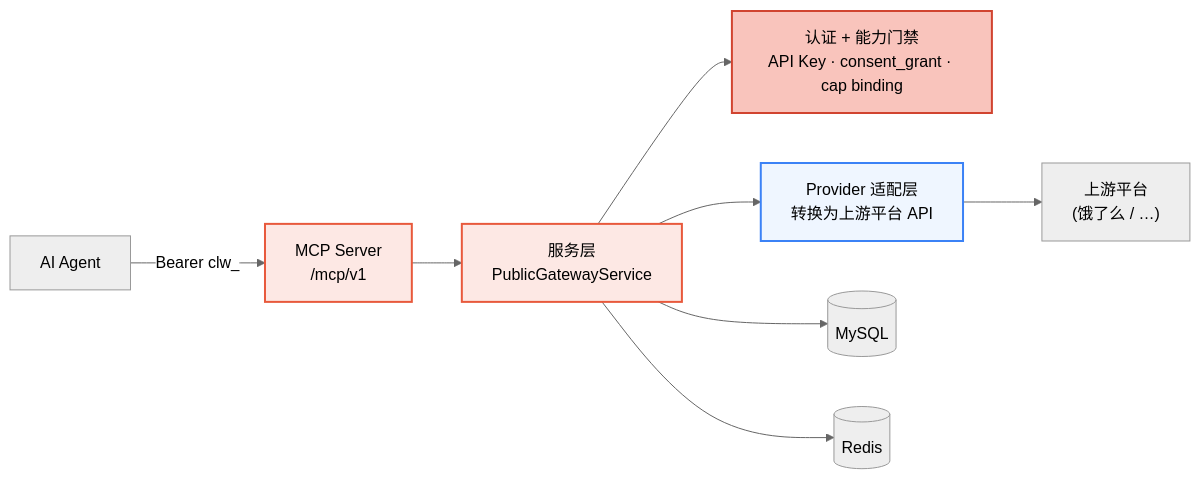
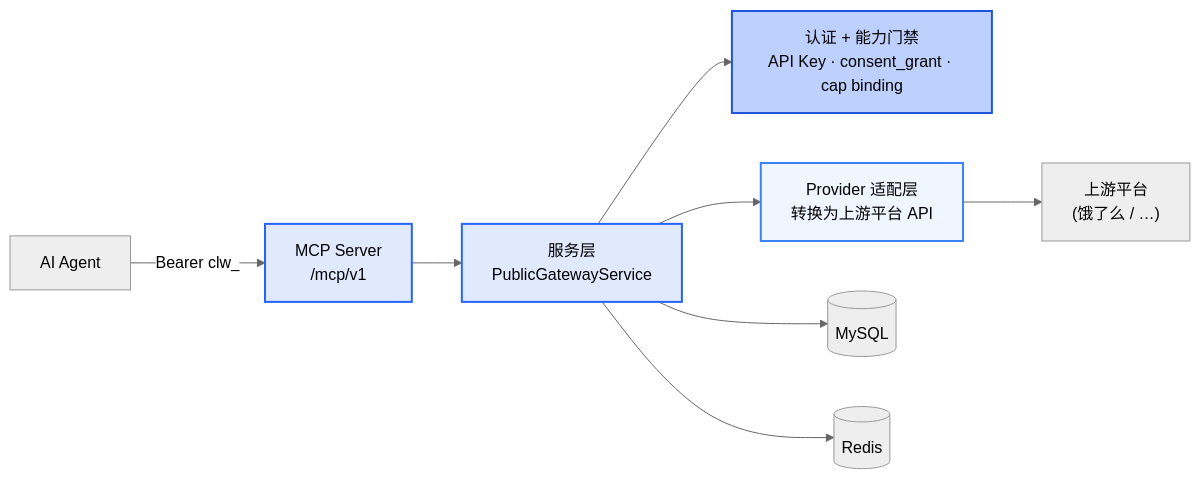
Before and after one commit to clawdot/docs: the first of 3 diagrams in gateway/architecture.mdx, drawn with Mermaid (neutral theme). The commit also changed other lines of this file and 43 other files, not shown here.

````diff
--- a/gateway/architecture.mdx
+++ b/gateway/architecture.mdx
@@ -10,24 +10,24 @@
 ```mermaid
 graph LR
   Agent["AI Agent"]
   MCP["MCP Server<br/>/mcp/v1"]
   Service["服务层<br/>PublicGatewayService"]
   Gate["认证 + 能力门禁<br/>API Key · consent_grant · cap binding"]
   Provider["Provider 适配层<br/>转换为上游平台 API"]
   Upstream["上游平台<br/>(饿了么 / …)"]
   DB[("MySQL")]
   Redis[("Redis")]
 
   Agent -->|Bearer clw_| MCP
   MCP --> Service
   Service --> Gate
   Service --> Provider
   Provider --> Upstream
   Service --> DB
   Service --> Redis
 
-  style MCP fill:#fde8e4,stroke:#E8593C,stroke-width:2px
-  style Service fill:#fde8e4,stroke:#E8593C,stroke-width:2px
-  style Gate fill:#f9c4bc,stroke:#D14430,stroke-width:2px
+  style MCP fill:#E1E9FE,stroke:#2564F8,stroke-width:2px
+  style Service fill:#E1E9FE,stroke:#2564F8,stroke-width:2px
+  style Gate fill:#BED0FD,stroke:#1D55DB,stroke-width:2px
   style Provider fill:#EFF6FF,stroke:#3B82F6,stroke-width:2px
 ```
````
